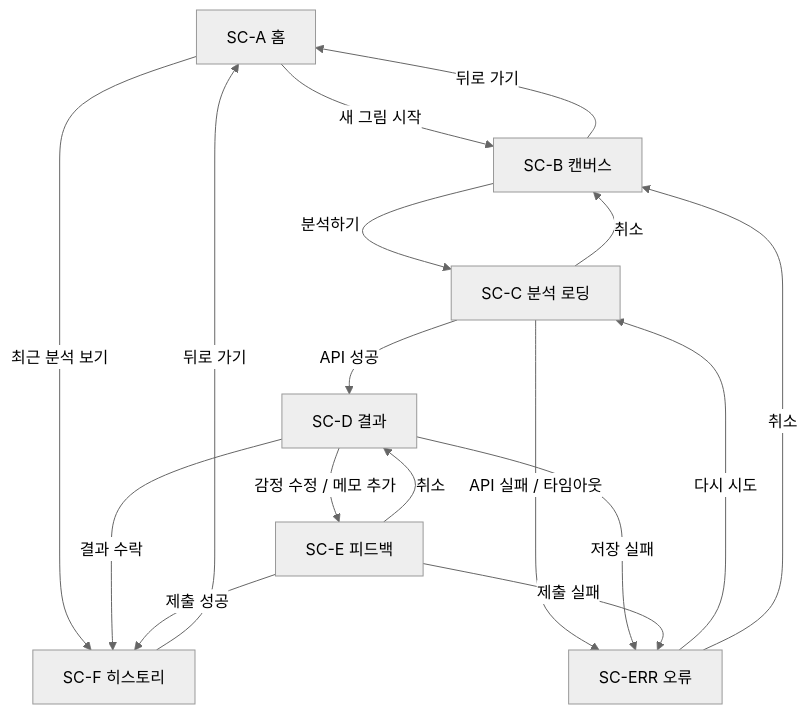
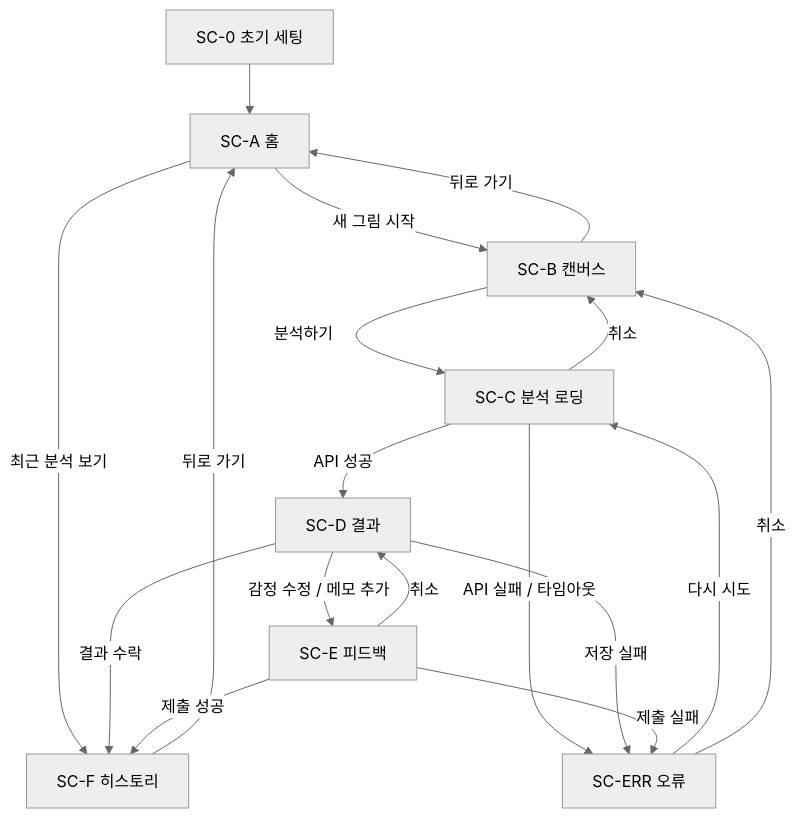
The first of 2 diagrams in Project_Descriptions/ScreenFlow_SentiVision.md (acertainromance401/SentiVision), drawn with Mermaid (neutral theme) before and after one commit. The commit also changed other lines of this file and 10 other files, not shown here.

Commit message:
Refresh project docs for setup flow

````diff
--- a/Project_Descriptions/ScreenFlow_SentiVision.md
+++ b/Project_Descriptions/ScreenFlow_SentiVision.md
@@ -272,19 +297,20 @@
 ```mermaid
 flowchart TD
-    A[SC-A 홈] -->|새 그림 시작| B[SC-B 캔버스]
+    Z[SC-0 초기 세팅] --> A[SC-A 홈]
+    A -->|새 그림 시작| B[SC-B 캔버스]
     A -->|최근 분석 보기| F[SC-F 히스토리]
     B -->|분석하기| C[SC-C 분석 로딩]
     B -->|뒤로 가기| A
     C -->|API 성공| D[SC-D 결과]
     C -->|API 실패 / 타임아웃| ERR[SC-ERR 오류]
     C -->|취소| B
     D -->|결과 수락| F
     D -->|감정 수정 / 메모 추가| E[SC-E 피드백]
     D -->|저장 실패| ERR
     E -->|제출 성공| F
     E -->|제출 실패| ERR
     E -->|취소| D
     ERR -->|다시 시도| C
     ERR -->|취소| B
     F -->|뒤로 가기| A
 ```
````
